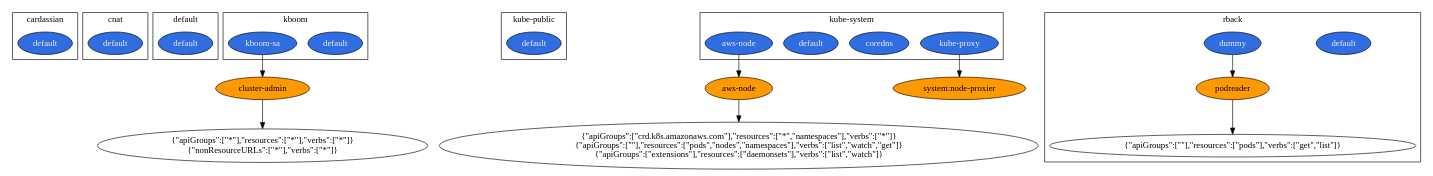
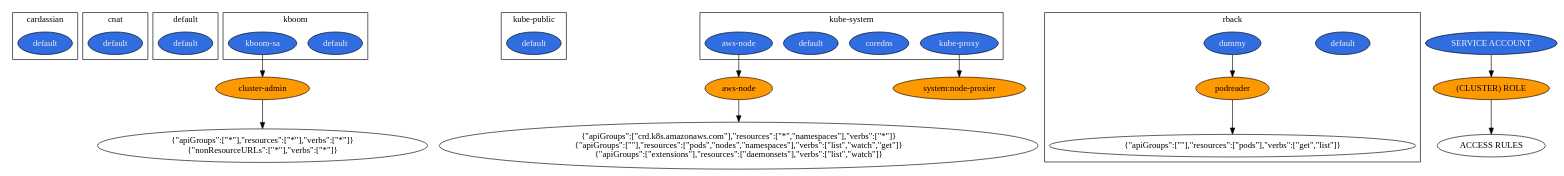
Before and after one commit to team-soteria/rback: the diagram in examples/eks.dot, drawn with Graphviz. The commit also changed 4 other files, not shown here.

```diff
--- a/examples/eks.dot
+++ b/examples/eks.dot
@@ -1,58 +1,63 @@
 digraph  {
-	subgraph cluster_s0 {
+	subgraph cluster_s2 {
+		ID = "cluster_s2";
+		label="cardassian";
+		n15[fillcolor="#2f6de1",fontcolor="#f0f0f0",label="default",style="filled"];
+		
+	}subgraph cluster_s3 {
+		ID = "cluster_s3";
+		label="cnat";
+		n16[fillcolor="#2f6de1",fontcolor="#f0f0f0",label="default",style="filled"];
+		
+	}subgraph cluster_s4 {
+		ID = "cluster_s4";
+		label="default";
+		n17[fillcolor="#2f6de1",fontcolor="#f0f0f0",label="default",style="filled"];
+		
+	}subgraph cluster_s5 {
+		ID = "cluster_s5";
+		label="kboom";
+		n18[fillcolor="#2f6de1",fontcolor="#f0f0f0",label="default",style="filled"];
+		n19[fillcolor="#2f6de1",fontcolor="#f0f0f0",label="kboom-sa",style="filled"];
+		
+	}subgraph cluster_s6 {
+		ID = "cluster_s6";
+		label="kube-public";
+		n22[fillcolor="#2f6de1",fontcolor="#f0f0f0",label="default",style="filled"];
+		
+	}subgraph cluster_s0 {
 		ID = "cluster_s0";
-		label="cardassian";
-		n1[fillcolor="#2f6de1",fontcolor="#f0f0f0",label="default",style="filled"];
+		label="kube-system";
+		n4[fillcolor="#2f6de1",fontcolor="#f0f0f0",label="aws-node",style="filled"];
+		n7[fillcolor="#2f6de1",fontcolor="#f0f0f0",label="coredns",style="filled"];
+		n8[fillcolor="#2f6de1",fontcolor="#f0f0f0",label="default",style="filled"];
+		n9[fillcolor="#2f6de1",fontcolor="#f0f0f0",label="kube-proxy",style="filled"];
 		
 	}subgraph cluster_s1 {
 		ID = "cluster_s1";
-		label="cnat";
-		n2[fillcolor="#2f6de1",fontcolor="#f0f0f0",label="default",style="filled"];
-		
-	}subgraph cluster_s2 {
-		ID = "cluster_s2";
-		label="default";
-		n3[fillcolor="#2f6de1",fontcolor="#f0f0f0",label="default",style="filled"];
-		
-	}subgraph cluster_s3 {
-		ID = "cluster_s3";
-		label="kboom";
-		n4[fillcolor="#2f6de1",fontcolor="#f0f0f0",label="default",style="filled"];
-		n5[fillcolor="#2f6de1",fontcolor="#f0f0f0",label="kboom-sa",style="filled"];
-		
-	}subgraph cluster_s4 {
-		ID = "cluster_s4";
-		label="kube-public";
-		n8[fillcolor="#2f6de1",fontcolor="#f0f0f0",label="default",style="filled"];
-		
-	}subgraph cluster_s5 {
-		ID = "cluster_s5";
-		label="kube-system";
-		n9[fillcolor="#2f6de1",fontcolor="#f0f0f0",label="aws-node",style="filled"];
-		n12[fillcolor="#2f6de1",fontcolor="#f0f0f0",label="coredns",style="filled"];
-		n13[fillcolor="#2f6de1",fontcolor="#f0f0f0",label="default",style="filled"];
-		n14[fillcolor="#2f6de1",fontcolor="#f0f0f0",label="kube-proxy",style="filled"];
-		
-	}subgraph cluster_s6 {
-		ID = "cluster_s6";
 		label="rback";
-		n16[fillcolor="#2f6de1",fontcolor="#f0f0f0",label="default",style="filled"];
-		n17[fillcolor="#2f6de1",fontcolor="#f0f0f0",label="dummy",style="filled"];
-		n18[fillcolor="#ff9900",fontcolor="#030303",label="podreader",style="filled"];
-		n19[label="{\"apiGroups\":[\"\"],\"resources\":[\"pods\"],\"verbs\":[\"get\",\"list\"]}\n"];
-		n17->n18;
-		n18->n19;
+		n11[fillcolor="#2f6de1",fontcolor="#f0f0f0",label="default",style="filled"];
+		n12[fillcolor="#2f6de1",fontcolor="#f0f0f0",label="dummy",style="filled"];
+		n13[fillcolor="#ff9900",fontcolor="#030303",label="podreader",style="filled"];
+		n14[label="{\"apiGroups\":[\"\"],\"resources\":[\"pods\"],\"verbs\":[\"get\",\"list\"]}\n"];
+		n12->n13;
+		n13->n14;
 		
 	}
-	n10[fillcolor="#ff9900",fontcolor="#030303",label="aws-node",style="filled"];
-	n6[fillcolor="#ff9900",fontcolor="#030303",label="cluster-admin",style="filled"];
-	n15[fillcolor="#ff9900",fontcolor="#030303",label="system:node-proxier",style="filled"];
-	n7[label="{\"apiGroups\":[\"*\"],\"resources\":[\"*\"],\"verbs\":[\"*\"]}\n{\"nonResourceURLs\":[\"*\"],\"verbs\":[\"*\"]}\n"];
-	n11[label="{\"apiGroups\":[\"crd.k8s.amazonaws.com\"],\"resources\":[\"*\",\"namespaces\"],\"verbs\":[\"*\"]}\n{\"apiGroups\":[\"\"],\"resources\":[\"pods\",\"nodes\",\"namespaces\"],\"verbs\":[\"list\",\"watch\",\"get\"]}\n{\"apiGroups\":[\"extensions\"],\"resources\":[\"daemonsets\"],\"verbs\":[\"list\",\"watch\"]}\n"];
+	n2[fillcolor="#ff9900",fontcolor="#030303",label="(CLUSTER) ROLE",style="filled"];
+	n3[label="ACCESS RULES"];
+	n1[fillcolor="#2f6de1",fontcolor="#f0f0f0",label="SERVICE ACCOUNT",style="filled"];
+	n5[fillcolor="#ff9900",fontcolor="#030303",label="aws-node",style="filled"];
+	n20[fillcolor="#ff9900",fontcolor="#030303",label="cluster-admin",style="filled"];
+	n10[fillcolor="#ff9900",fontcolor="#030303",label="system:node-proxier",style="filled"];
+	n21[label="{\"apiGroups\":[\"*\"],\"resources\":[\"*\"],\"verbs\":[\"*\"]}\n{\"nonResourceURLs\":[\"*\"],\"verbs\":[\"*\"]}\n"];
+	n6[label="{\"apiGroups\":[\"crd.k8s.amazonaws.com\"],\"resources\":[\"*\",\"namespaces\"],\"verbs\":[\"*\"]}\n{\"apiGroups\":[\"\"],\"resources\":[\"pods\",\"nodes\",\"namespaces\"],\"verbs\":[\"list\",\"watch\",\"get\"]}\n{\"apiGroups\":[\"extensions\"],\"resources\":[\"daemonsets\"],\"verbs\":[\"list\",\"watch\"]}\n"];
+	n2->n3;
+	n1->n2;
+	n4->n5;
+	n5->n6;
+	n20->n21;
+	n19->n20;
 	n9->n10;
-	n10->n11;
-	n6->n7;
-	n5->n6;
-	n14->n15;
 	
 }
```
